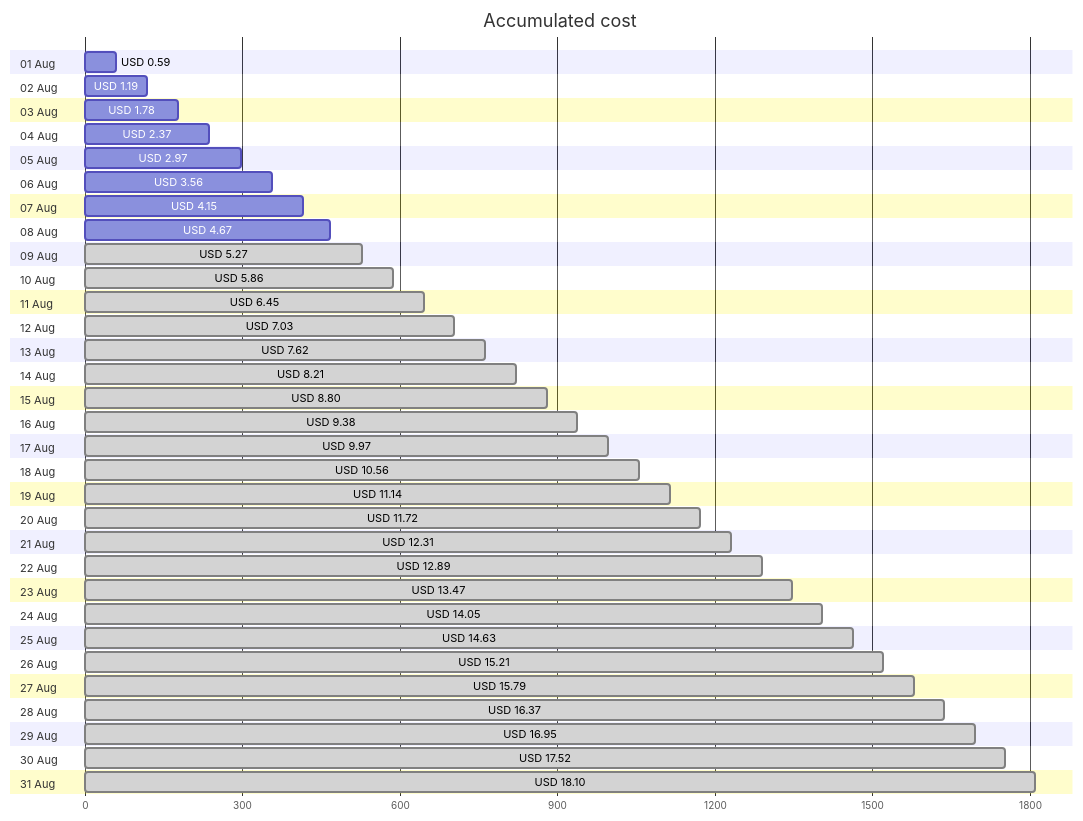
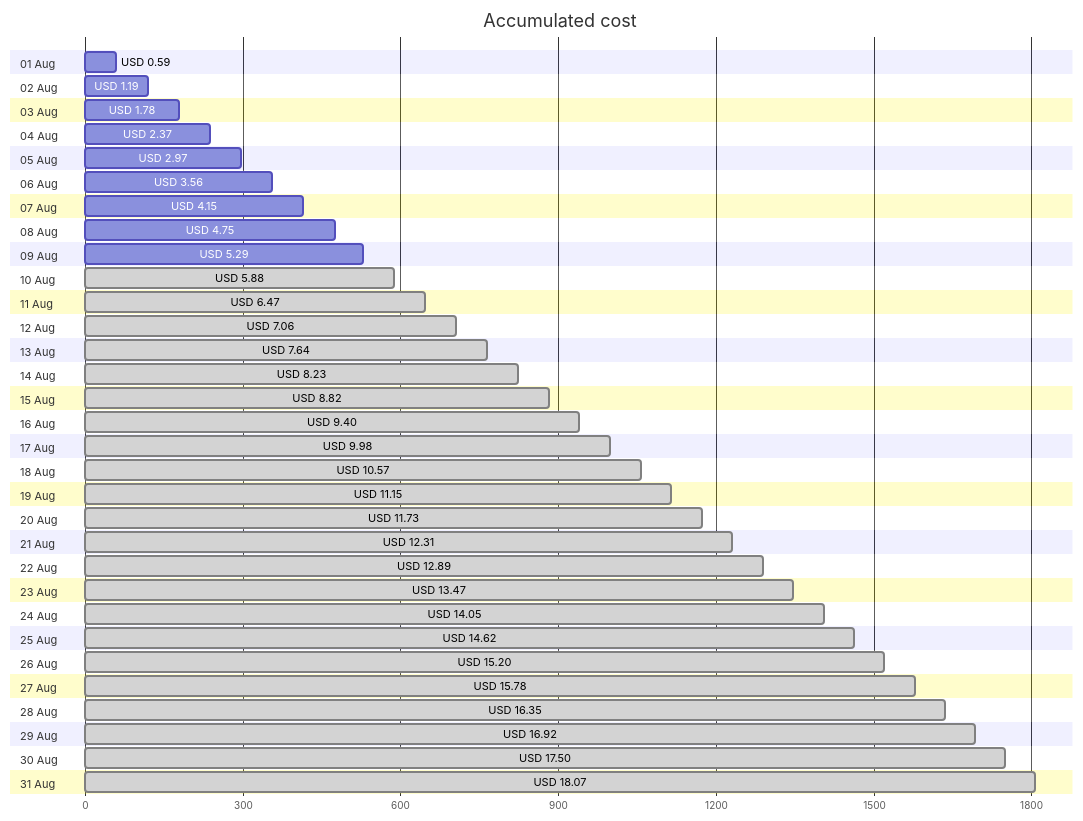
Before and after one commit to jpfulton/azure-personal-reports: the first of 4 diagrams in cost-reports/personal-site/README.md, drawn with Mermaid. The commit also changed other lines of this file and 6 other files, not shown here.

````diff
--- a/cost-reports/personal-site/README.md
+++ b/cost-reports/personal-site/README.md
@@ -20,68 +20,68 @@
 ```mermaid
 gantt
    title Accumulated cost
    dateFormat  X
    axisFormat %s
    section 01 Aug
    USD 0.59 :0, 59
    section 02 Aug
    USD 1.19 :0, 119
    section 03 Aug
    USD 1.78 :0, 178
    section 04 Aug
    USD 2.37 :0, 237
    section 05 Aug
    USD 2.97 :0, 297
    section 06 Aug
    USD 3.56 :0, 356
    section 07 Aug
    USD 4.15 :0, 415
    section 08 Aug
-   USD 4.67 :0, 467
+   USD 4.75 :0, 475
    section 09 Aug
-   USD 5.27 : done, 0, 527
+   USD 5.29 :0, 529
    section 10 Aug
-   USD 5.86 : done, 0, 586
+   USD 5.88 : done, 0, 588
    section 11 Aug
-   USD 6.45 : done, 0, 645
+   USD 6.47 : done, 0, 647
    section 12 Aug
-   USD 7.03 : done, 0, 703
+   USD 7.06 : done, 0, 706
    section 13 Aug
-   USD 7.62 : done, 0, 762
+   USD 7.64 : done, 0, 764
    section 14 Aug
-   USD 8.21 : done, 0, 821
+   USD 8.23 : done, 0, 823
    section 15 Aug
-   USD 8.80 : done, 0, 880
+   USD 8.82 : done, 0, 882
    section 16 Aug
-   USD 9.38 : done, 0, 938
+   USD 9.40 : done, 0, 940
    section 17 Aug
-   USD 9.97 : done, 0, 997
+   USD 9.98 : done, 0, 998
    section 18 Aug
-   USD 10.56 : done, 0, 1056
+   USD 10.57 : done, 0, 1057
    section 19 Aug
-   USD 11.14 : done, 0, 1114
+   USD 11.15 : done, 0, 1115
    section 20 Aug
-   USD 11.72 : done, 0, 1172
+   USD 11.73 : done, 0, 1173
    section 21 Aug
    USD 12.31 : done, 0, 1231
    section 22 Aug
    USD 12.89 : done, 0, 1289
    section 23 Aug
    USD 13.47 : done, 0, 1347
    section 24 Aug
    USD 14.05 : done, 0, 1405
    section 25 Aug
-   USD 14.63 : done, 0, 1463
+   USD 14.62 : done, 0, 1462
    section 26 Aug
-   USD 15.21 : done, 0, 1521
+   USD 15.20 : done, 0, 1520
    section 27 Aug
-   USD 15.79 : done, 0, 1579
+   USD 15.78 : done, 0, 1578
    section 28 Aug
-   USD 16.37 : done, 0, 1637
+   USD 16.35 : done, 0, 1635
    section 29 Aug
-   USD 16.95 : done, 0, 1695
+   USD 16.92 : done, 0, 1692
    section 30 Aug
-   USD 17.52 : done, 0, 1752
+   USD 17.50 : done, 0, 1750
    section 31 Aug
-   USD 18.10 : done, 0, 1810
+   USD 18.07 : done, 0, 1807
 ```
````
